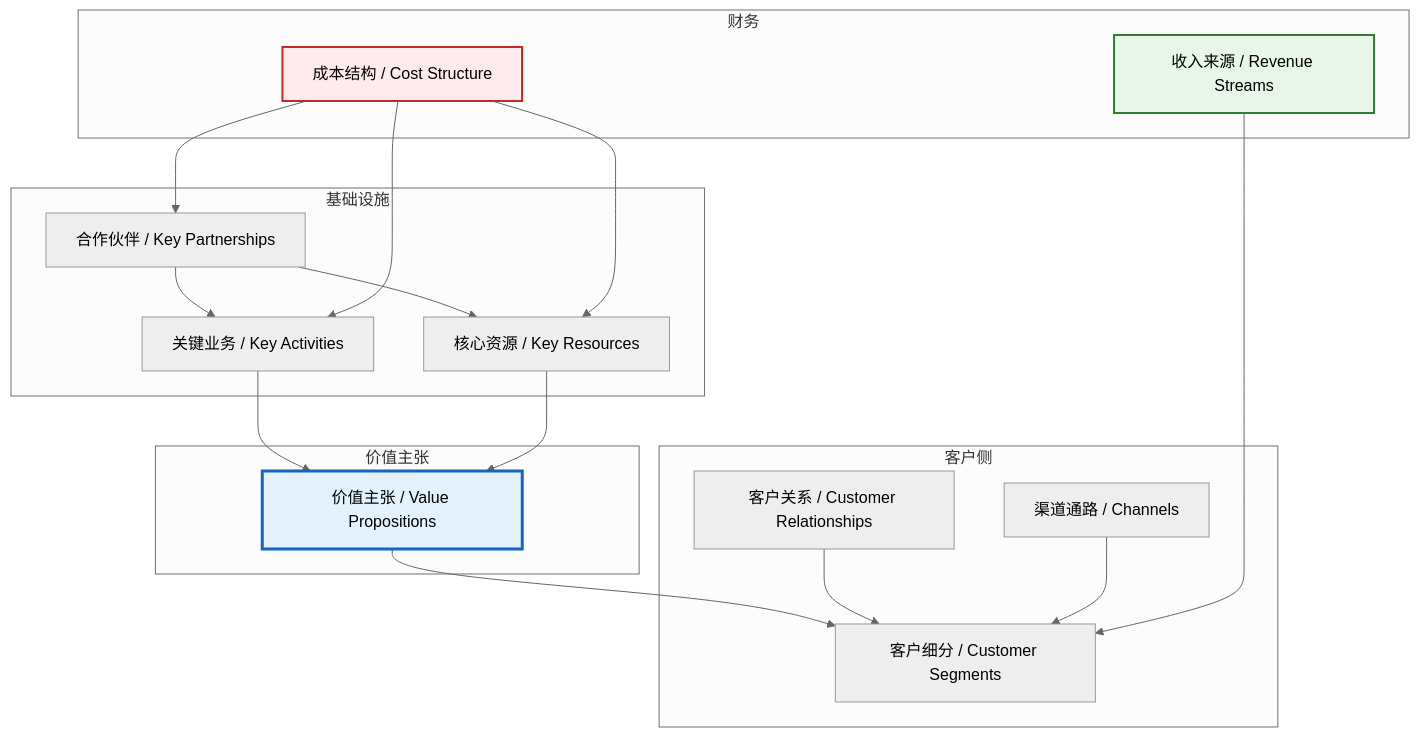
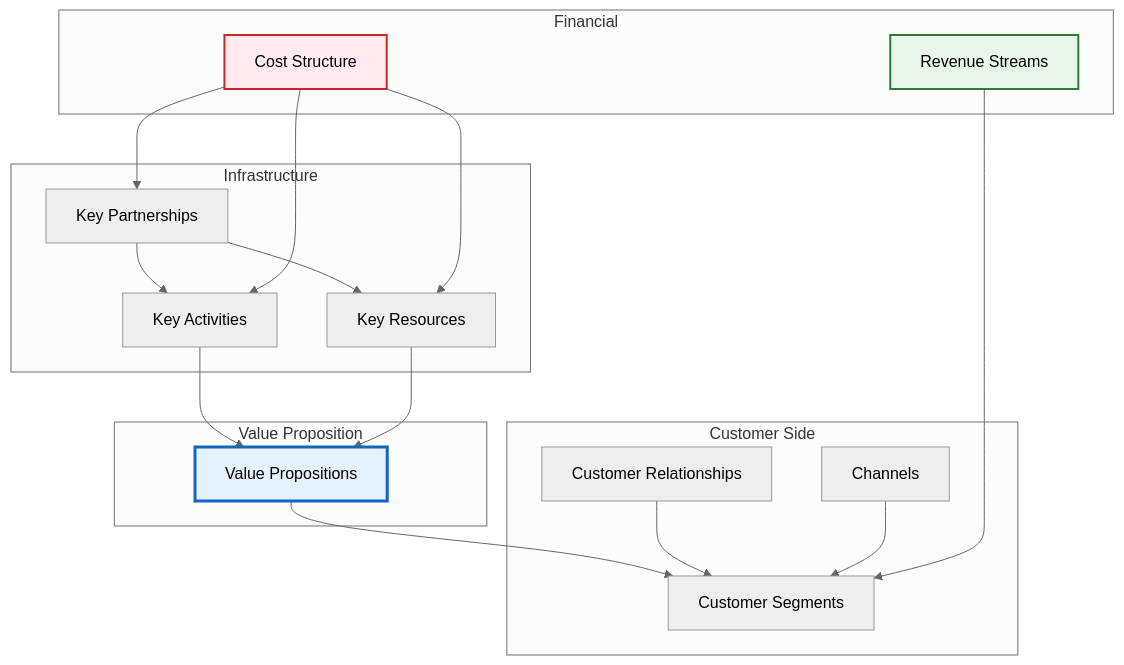
The first of 15 diagrams in templates/【模板】商业模式文档.md (Kirky-X/cangjie), drawn with Mermaid (neutral theme) before and after one commit. The commit also changed other lines of this file and 12 other files, not shown here.

````diff
--- a/templates/【模板】商业模式文档.md
+++ b/templates/【模板】商业模式文档.md
@@ -51,39 +51,39 @@
 ```mermaid
 graph TB
-    subgraph 价值主张
-        VP[价值主张 / Value Propositions]
+    subgraph Value Proposition
+        VP[Value Propositions]
     end
 
-    subgraph 客户侧
-        CS[客户细分 / Customer Segments]
-        CR[客户关系 / Customer Relationships]
-        CH[渠道通路 / Channels]
+    subgraph Customer Side
+        CS[Customer Segments]
+        CR[Customer Relationships]
+        CH[Channels]
     end
 
-    subgraph 基础设施
-        KA[关键业务 / Key Activities]
-        KR[核心资源 / Key Resources]
-        KP[合作伙伴 / Key Partnerships]
+    subgraph Infrastructure
+        KA[Key Activities]
+        KR[Key Resources]
+        KP[Key Partnerships]
     end
 
-    subgraph 财务
-        C[成本结构 / Cost Structure]
-        R[收入来源 / Revenue Streams]
+    subgraph Financial
+        C[Cost Structure]
+        R[Revenue Streams]
     end
 
     VP --> CS
     CR --> CS
     CH --> CS
     KA --> VP
     KR --> VP
     KP --> KA
     KP --> KR
     C --> KA
     C --> KR
     C --> KP
     R --> CS
 
     style VP fill:#e3f2fd,stroke:#1565c0,stroke-width:3px
     style R fill:#e8f5e9,stroke:#2e7d32,stroke-width:2px
     style C fill:#ffebee,stroke:#c62828,stroke-width:2px
 ```
````
